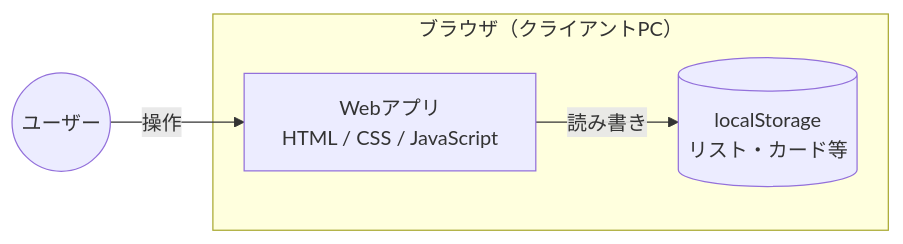
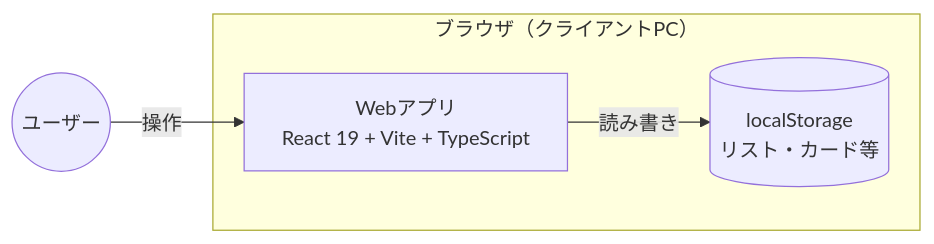
One commit to yamamotonaoki3/TaskManagement changed the first of 2 diagrams in docs/details/system-architecture.md. Above: the diagram before and after it, drawn with Mermaid. The commit also changed other lines of this file and 2 other files, not shown here.

First line of the commit message:
技術スタックをスクール指定に合わせて確定（React 19 / Java 25 / Spring Boot 4.0.3 / PostgreSQL 17）

````diff
--- a/docs/details/system-architecture.md
+++ b/docs/details/system-architecture.md
@@ -9,10 +9,10 @@
 ```mermaid
 flowchart LR
     User((ユーザー))
     subgraph Browser[ブラウザ（クライアントPC）]
-        UI[Webアプリ<br/>HTML / CSS / JavaScript]
+        UI[Webアプリ<br/>React 19 + Vite + TypeScript]
         LS[(localStorage<br/>リスト・カード等)]
         UI -- 読み書き --> LS
     end
     User -- 操作 --> UI
 ```
````
